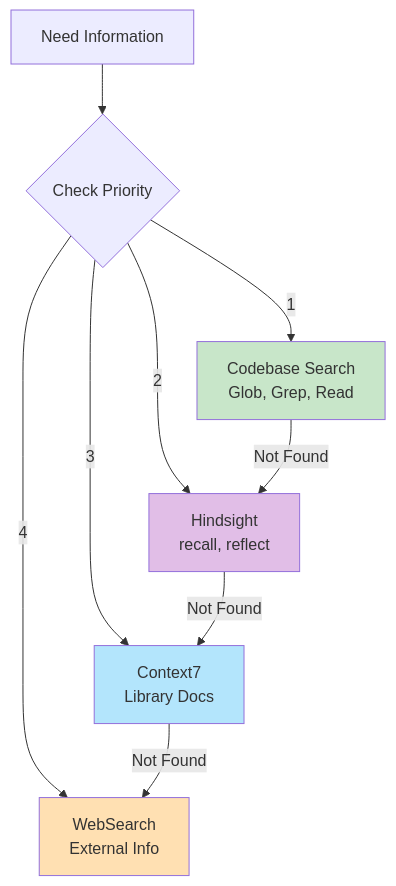
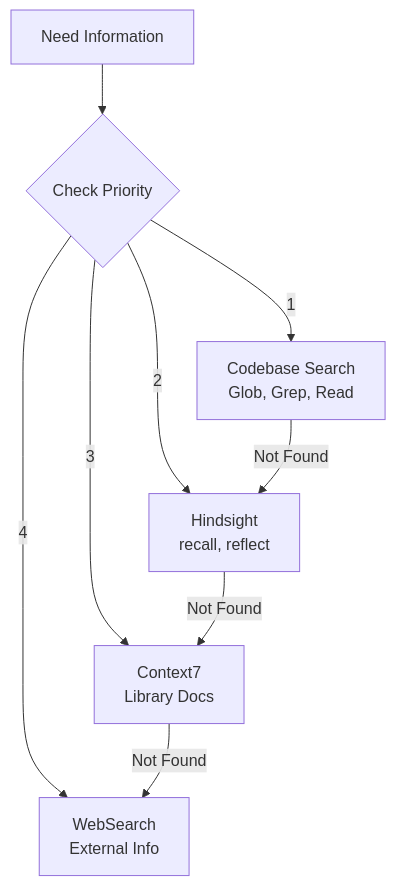
One commit to sovavibe/shared-ai-configs changed the third of 3 diagrams in docs/MCP-CONFIGURATION.md. Above: the diagram before and after it, drawn with Mermaid. The commit also changed other lines of this file and 10 other files, not shown here.

Commit message:
fix(docs): remove mermaid styles for dark mode compatibility

````diff
--- a/docs/MCP-CONFIGURATION.md
+++ b/docs/MCP-CONFIGURATION.md
@@ -302,18 +290,14 @@
 ```mermaid
 flowchart TD
     A[Need Information] --> B{Check Priority}
 
     B -->|1| C[Codebase Search<br/>Glob, Grep, Read]
     B -->|2| D[Hindsight<br/>recall, reflect]
     B -->|3| E[Context7<br/>Library Docs]
     B -->|4| F[WebSearch<br/>External Info]
 
     C -->|Not Found| D
     D -->|Not Found| E
     E -->|Not Found| F
 
-    style C fill:#c8e6c9
-    style D fill:#e1bee7
-    style E fill:#b3e5fc
-    style F fill:#ffe0b2
 ```
````
